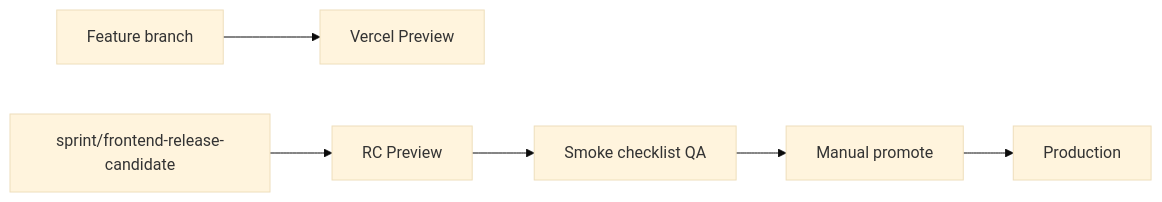
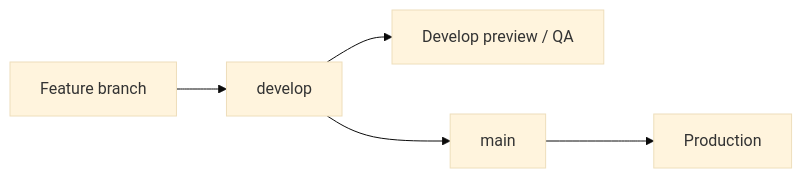
Before and after one commit to DeveloperTWH/mosaic-biz-frontend: the third of 3 diagrams in docs/PROJECT_BREAKDOWN.md, drawn with Mermaid (base theme). The commit also changed other lines of this file and 68 other files, not shown here.

````diff
--- a/docs/PROJECT_BREAKDOWN.md
+++ b/docs/PROJECT_BREAKDOWN.md
@@ -286,8 +286,7 @@
 ```mermaid
 flowchart LR
-  feature[Feature branch] --> preview[Vercel Preview]
-  rc[sprint/frontend-release-candidate] --> rcPreview[RC Preview]
-  rcPreview --> qa[Smoke checklist QA]
-  qa --> manual[Manual promote]
-  manual --> prod[Production]
+  feature[Feature branch] --> develop[develop]
+  develop --> devPreview[Develop preview / QA]
+  develop --> main[main]
+  main --> prod[Production]
 ```
````
